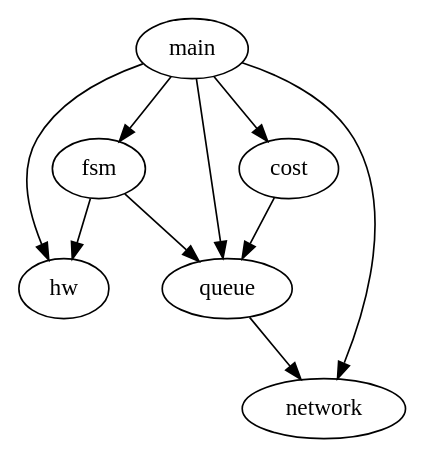
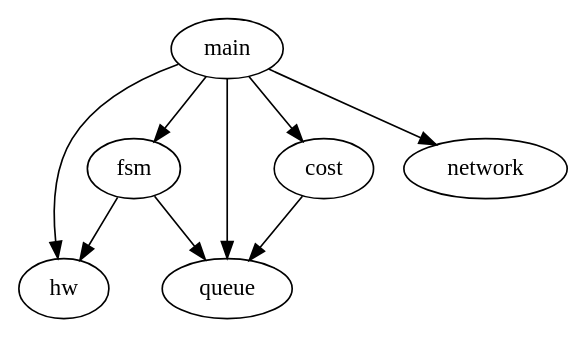
One commit to mmshabab90/TTK4145-Heis changed the diagram in dependancy_diagram.gv. Above: the diagram before and after it, drawn with Graphviz.

Commit message:
Update digram

```diff
--- a/dependancy_diagram.gv
+++ b/dependancy_diagram.gv
@@ -1,11 +1,10 @@
 digraph G {
 	main -> hw;
 	main -> fsm;
 	main -> queue;
 	main -> cost;
 	main -> network;
 	fsm -> hw;
 	fsm -> queue;
-	queue -> network;
 	cost -> queue;
 }
```
